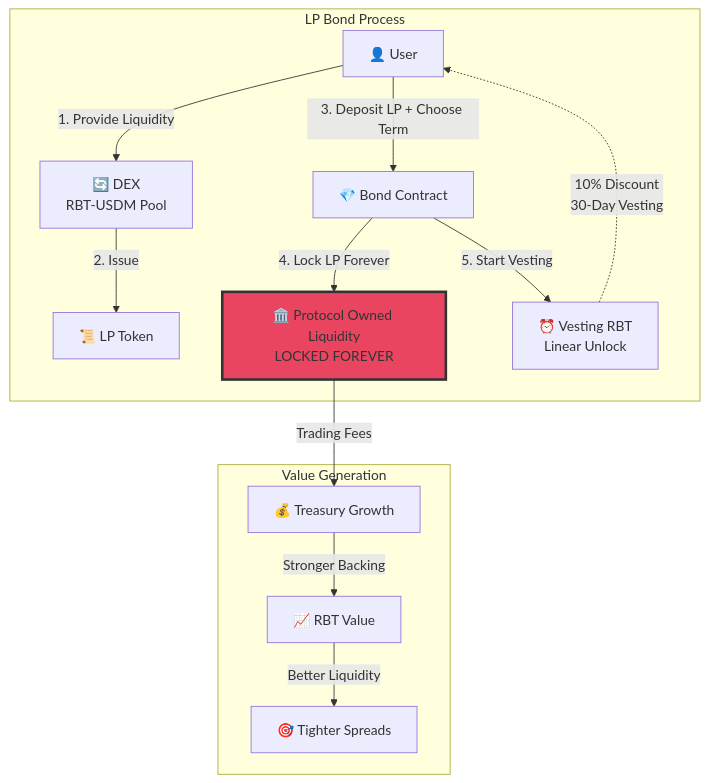
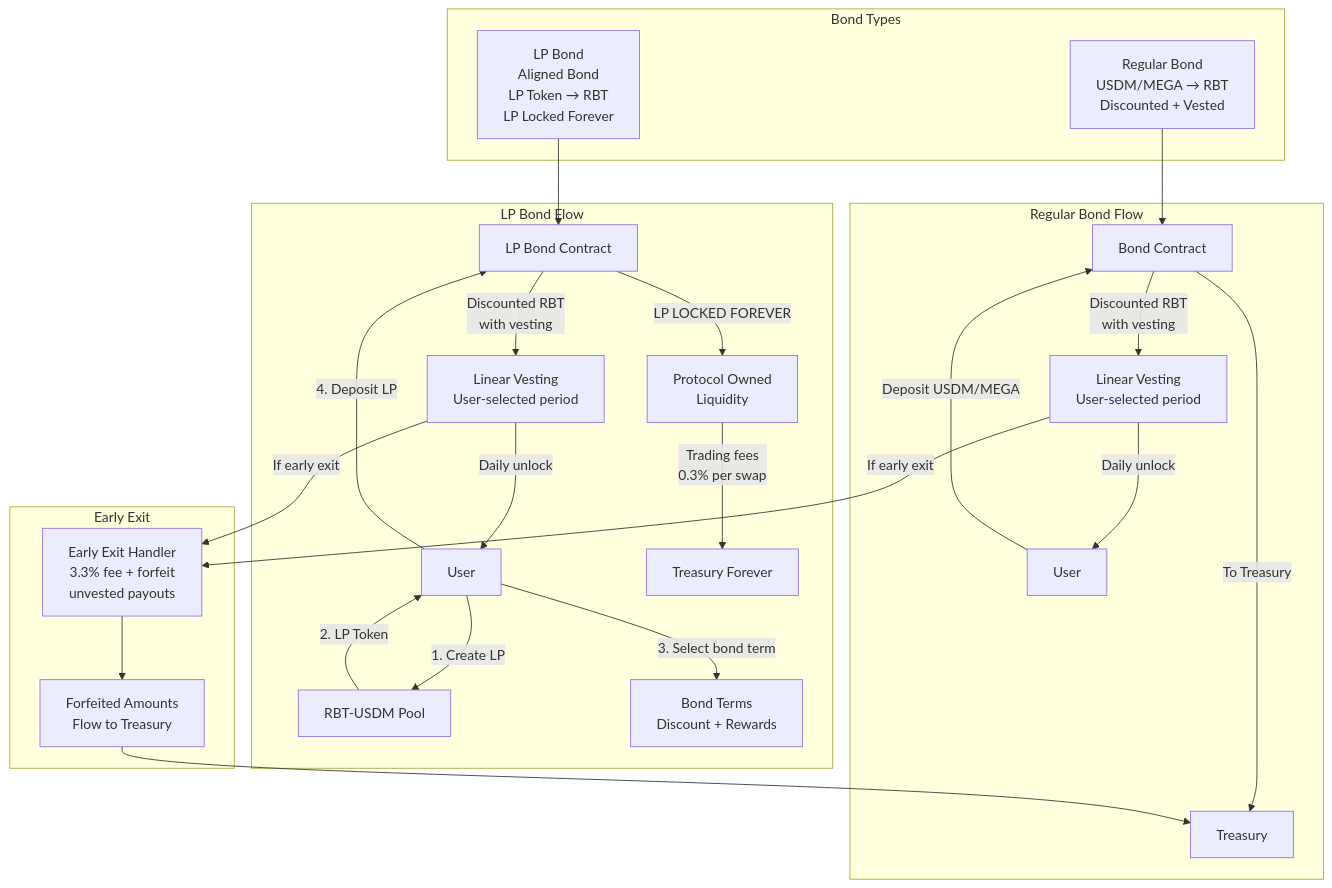
The fifth of 7 diagrams in blackhaven-diagrams.md (0xJaehaerys/ohmega), drawn with Mermaid before and after one commit. The commit also changed other lines of this file, not shown here.

First line of the commit message:
Create single clean diagrams file with all Blackhaven components

````diff
--- a/blackhaven-diagrams.md
+++ b/blackhaven-diagrams.md
@@ -136,27 +208,38 @@
 ```mermaid
-graph TD
-    subgraph "LP Bond Process"
-        USER["👤 User"]
-        DEX["🔄 DEX<br/>RBT-USDM Pool"]
-        LP["📜 LP Token"]
-        BOND["💎 Bond Contract"]
-        VESTING["⏰ Vesting RBT<br/>Linear Unlock"]
-        POL["🏛️ Protocol Owned Liquidity<br/>LOCKED FOREVER"]
+graph TB
+    subgraph "Bond Types"
+        REGULAR_BOND[Regular Bond<br/>USDM/MEGA → RBT<br/>Discounted + Vested]
+        LP_BOND[LP Bond<br/>Aligned Bond<br/>LP Token → RBT<br/>LP Locked Forever]
     end
     
-    USER -->|1. Provide Liquidity| DEX
-    DEX -->|2. Issue| LP
-    USER -->|3. Deposit LP + Choose Term| BOND
-    BOND -->|4. Lock LP Forever| POL
-    BOND -->|5. Start Vesting| VESTING
-    
-    subgraph "Value Generation"
-        POL -->|Trading Fees| TREASURY["💰 Treasury Growth"]
-        TREASURY -->|Stronger Backing| RBT_VALUE["📈 RBT Value"]
-        RBT_VALUE -->|Better Liquidity| TRADING["🎯 Tighter Spreads"]
+    subgraph "Regular Bond Flow"
+        USER1[User] -->|Deposit USDM/MEGA| REGULAR_CONTRACT[Bond Contract]
+        REGULAR_CONTRACT -->|To Treasury| TREASURY1[Treasury]
+        REGULAR_CONTRACT -->|Discounted RBT<br/>with vesting| VESTING1[Linear Vesting<br/>User-selected period]
+        VESTING1 -->|Daily unlock| USER1
     end
     
-    VESTING -.->|"10% Discount<br/>30-Day Vesting"| USER
+    subgraph "LP Bond Flow"
+        USER2[User] -->|1. Create LP| DEX[RBT-USDM Pool]
+        DEX -->|2. LP Token| USER2
+        USER2 -->|3. Select bond term| TERMS[Bond Terms<br/>Discount + Rewards]
+        USER2 -->|4. Deposit LP| LP_CONTRACT[LP Bond Contract]
+        LP_CONTRACT -->|LP LOCKED FOREVER| POL[Protocol Owned<br/>Liquidity]
+        LP_CONTRACT -->|Discounted RBT<br/>with vesting| VESTING2[Linear Vesting<br/>User-selected period]
+        VESTING2 -->|Daily unlock| USER2
+        POL -->|Trading fees<br/>0.3% per swap| TREASURY2[Treasury Forever]
+    end
     
-    style POL fill:#e94560,stroke:#333,stroke-width:3px
+    subgraph "Early Exit"
+        EARLY_EXIT[Early Exit Handler<br/>3.3% fee + forfeit<br/>unvested payouts]
+        FORFEIT[Forfeited Amounts<br/>Flow to Treasury]
+    end
+    
+    REGULAR_BOND --> REGULAR_CONTRACT
+    LP_BOND --> LP_CONTRACT
+    
+    VESTING1 -->|If early exit| EARLY_EXIT
+    VESTING2 -->|If early exit| EARLY_EXIT
+    EARLY_EXIT --> FORFEIT
+    FORFEIT --> TREASURY1
 ```
````
